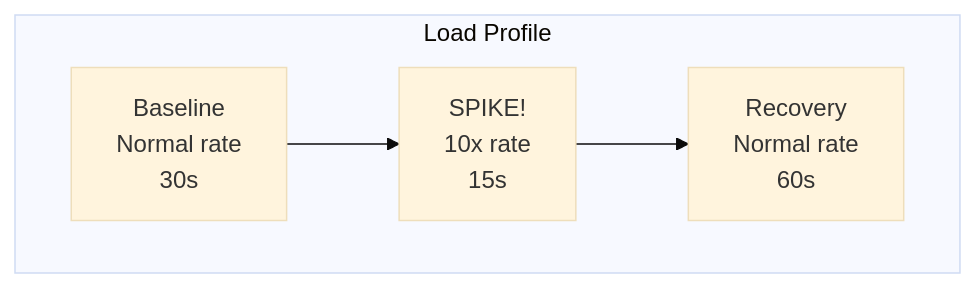
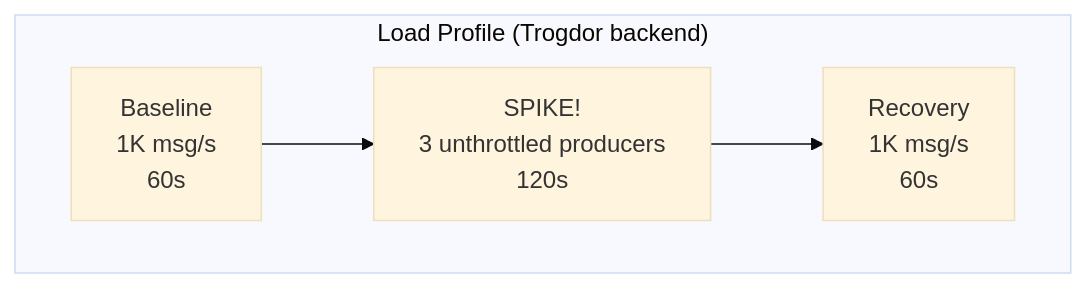
Before and after one commit to actions-marketplace-validations/bmscomp_kates: the fifth of 10 diagrams in docs/book/05-test-types.md, drawn with Mermaid (base theme). The commit also changed other lines of this file and 23 other files, not shown here.

````diff
--- a/docs/book/05-test-types.md
+++ b/docs/book/05-test-types.md
@@ -176,7 +178,7 @@
 ```mermaid
 graph LR
-    subgraph Spike["Load Profile"]
+    subgraph Spike["Load Profile (Trogdor backend)"]
         direction LR
-        S1["Baseline<br/>Normal rate<br/>30s"] --> S2["SPIKE!<br/>10x rate<br/>15s"] --> S3["Recovery<br/>Normal rate<br/>60s"]
+        S1["Baseline<br/>1K msg/s<br/>60s"] --> S2["SPIKE!<br/>3 unthrottled producers<br/>120s"] --> S3["Recovery<br/>1K msg/s<br/>60s"]
     end
 ```
````
